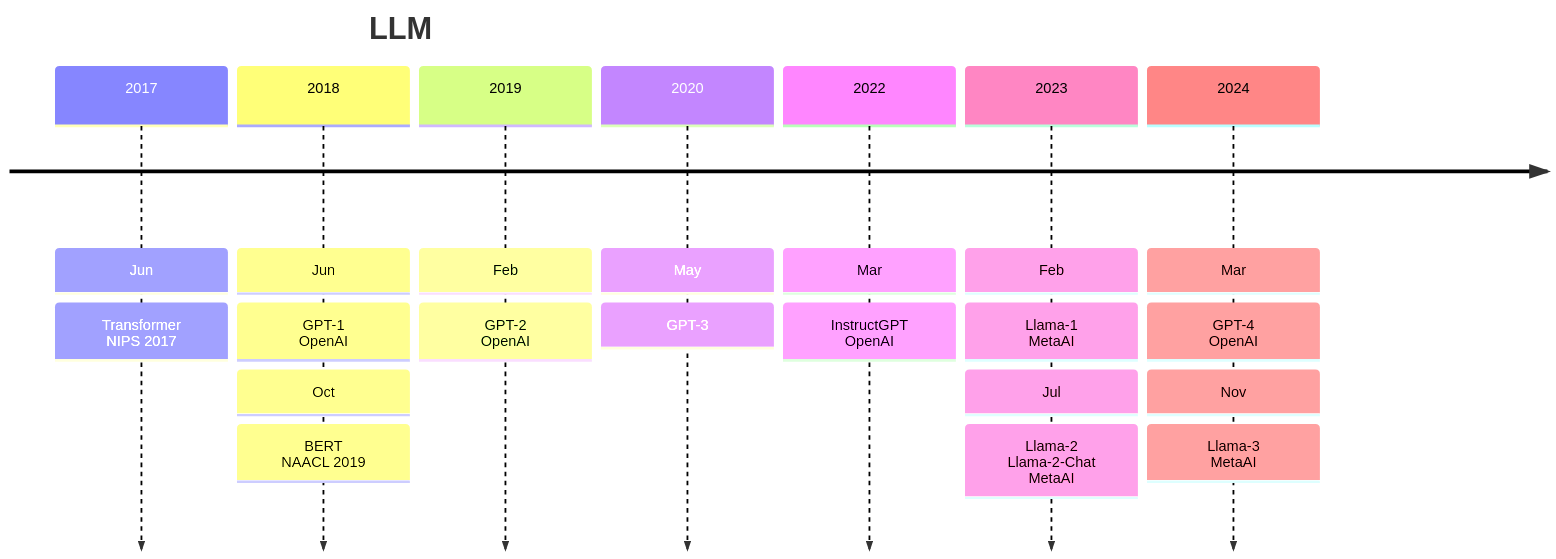
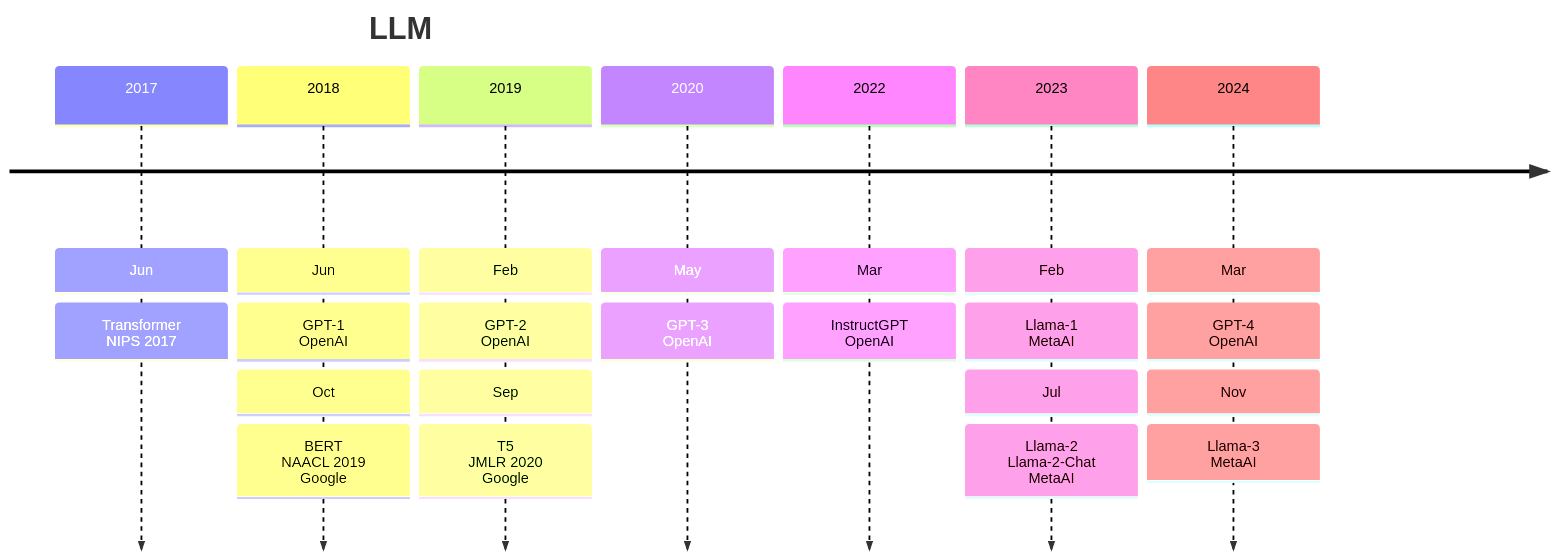
Before and after one commit to Elephant-King9/Paper: the first of 4 diagrams in Base_Model/LLM/analyse.md, drawn with Mermaid. The commit also changed other lines of this file and 7 other files, not shown here.

````diff
--- a/Base_Model/LLM/analyse.md
+++ b/Base_Model/LLM/analyse.md
@@ -5,24 +5,26 @@
 ```mermaid
 timeline
     title LLM
     2017 : Jun
     		 : Transformer<br>NIPS 2017
     2018 : Jun
     		 : GPT-1<br>OpenAI
     		 : Oct
-    		 : BERT<br>NAACL 2019
+    		 : BERT<br>NAACL 2019<br>Google
     2019 : Feb
     		 : GPT-2<br>OpenAI
+    		 : Sep
+    		 : T5<br>JMLR 2020<br>Google
     2020 : May
-    		 : GPT-3
+    		 : GPT-3<br>OpenAI
     2022 : Mar
     		 : InstructGPT<br>OpenAI
     2023 : Feb
     		 : Llama-1<br>MetaAI
     		 : Jul
     		 : Llama-2<br>Llama-2-Chat<br>MetaAI
     2024 : Mar
     		 : GPT-4<br>OpenAI
     		 : Nov
     		 : Llama-3<br>MetaAI
 ```
````
